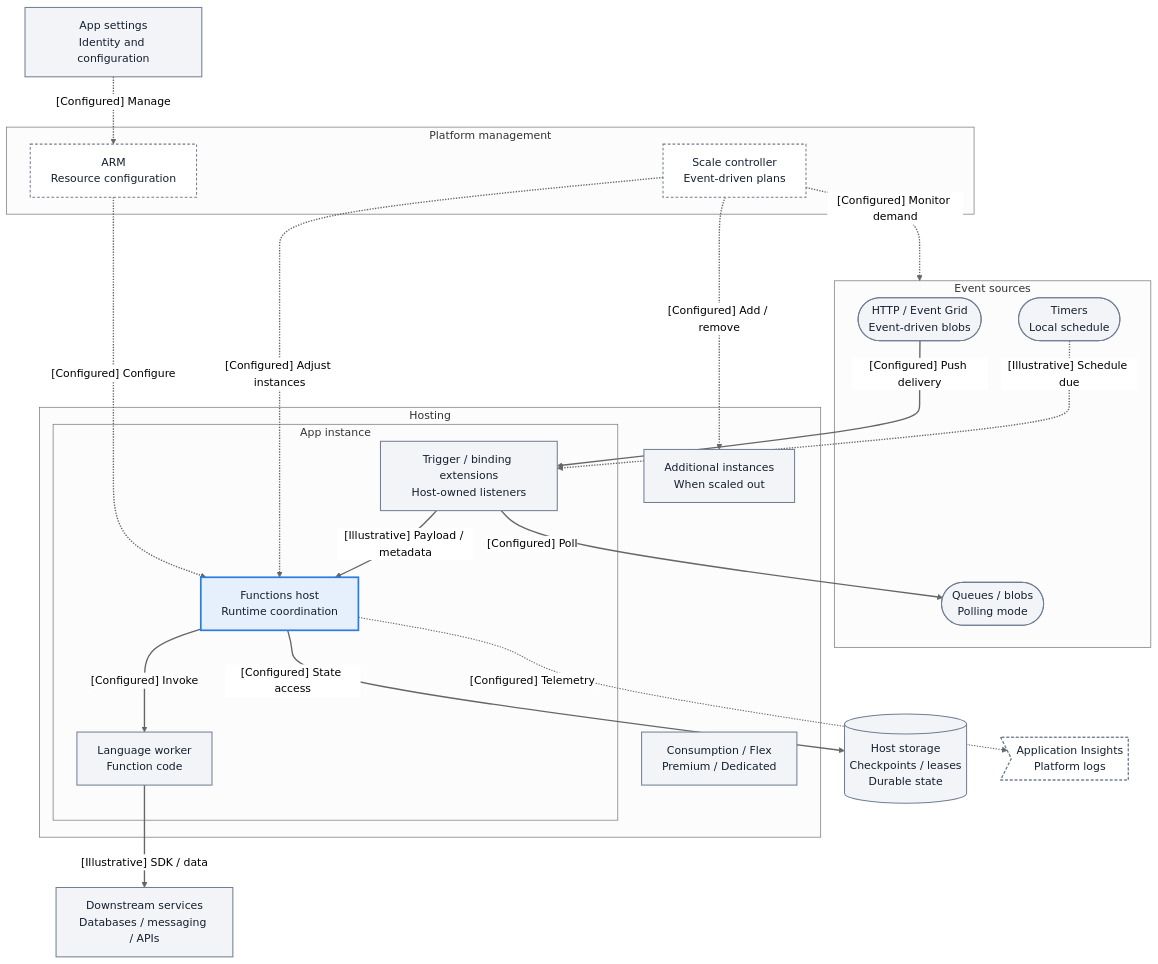
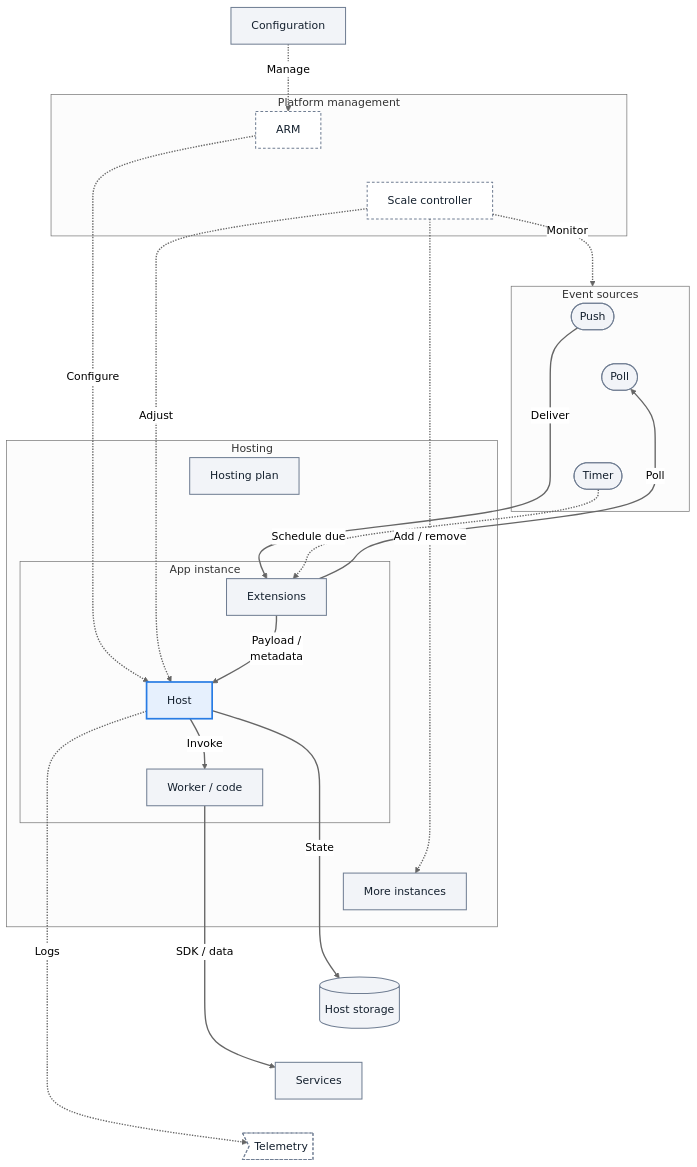
Before and after one commit to yeongseon/azure-functions-practical-guide: the first of 8 diagrams in docs/platform/architecture/index.md, drawn with Mermaid (neutral theme). The commit also changed other lines of this file, not shown here.

First line of the commit message:
docs(diagrams): restore mobile legibility with keyed role legends

````diff
--- a/docs/platform/architecture/index.md
+++ b/docs/platform/architecture/index.md
@@ -163,48 +165,59 @@
 ```mermaid
 flowchart TD
     accTitle: How do events, hosting and runtime roles fit together?
     accDescr: General Functions mental model with HTTP, timers, queues, blobs and Event Grid. Hosting contains a logical app instance with host, extensions and worker plus additional scaled instances. ARM manages configuration separately from platform scaling; polling, push delivery and timer schedules are distinct.
     subgraph Management["Platform management"]
-        control_plane["ARM<br/>Resource configuration"]
-        scale_controller["Scale controller<br/>Event-driven plans"]
+        control_plane["ARM"]
+        scale_controller["Scale controller"]
+        %% Layout-only: stack management roles, not an ARM-to-scaling request.
+        control_plane ~~~ scale_controller
     end
-    Config["App settings<br/>Identity and configuration"]
+    Config["Configuration"]
     subgraph Events["Event sources"]
-        client(["HTTP / Event Grid<br/>Event-driven blobs"])
-        poll_source(["Queues / blobs<br/>Polling mode"])
-        timer_source(["Timers<br/>Local schedule"])
+        client(["Push"])
+        poll_source(["Poll"])
+        timer_source(["Timer"])
+        %% Layout-only: mechanism list, not event forwarding.
+        client ~~~ poll_source
+        poll_source ~~~ timer_source
     end
     subgraph Plan["Hosting"]
-        hosting_plan["Consumption / Flex<br/>Premium / Dedicated"]
+        hosting_plan["Hosting plan"]
         subgraph Instance["App instance"]
-            trigger_listener["Trigger / binding extensions<br/>Host-owned listeners"]
-            app_runtime["Functions host<br/>Runtime coordination"]
-            language_worker["Language worker<br/>Function code"]
+            trigger_listener["Extensions"]
+            app_runtime["Host"]
+            language_worker["Worker / code"]
         end
-        InstanceN["Additional instances<br/>When scaled out"]
+        InstanceN["More instances"]
+        %% Layout-only: plan and scale-out context stay inside Hosting.
+        hosting_plan ~~~ trigger_listener
+        language_worker ~~~ InstanceN
     end
-    storage_db[("Host storage<br/>Checkpoints / leases<br/>Durable state")]
-    dependency["Downstream services<br/>Databases / messaging / APIs"]
-    telemetry>"Application Insights<br/>Platform logs"]
-    Config -.->|"[Configured] Manage"| control_plane
-    control_plane -.->|"[Configured] Configure"| app_runtime
-    scale_controller -.->|"[Configured] Monitor demand"| Events
-    scale_controller -.->|"[Configured] Adjust instances"| app_runtime
-    scale_controller -.->|"[Configured] Add / remove"| InstanceN
-    client -->|"[Configured] Push delivery"| trigger_listener
-    trigger_listener -->|"[Configured] Poll"| poll_source
-    timer_source -.->|"[Illustrative] Schedule due"| trigger_listener
-    trigger_listener -->|"[Illustrative] Payload / metadata"| app_runtime
-    app_runtime -->|"[Configured] Invoke"| language_worker
-    app_runtime -->|"[Configured] State access"| storage_db
-    language_worker -->|"[Illustrative] SDK / data"| dependency
-    app_runtime -.->|"[Configured] Telemetry"| telemetry
+    storage_db[("Host storage")]
+    dependency["Services"]
+    telemetry>"Telemetry"]
+    Config -.->|"Manage"| control_plane
+    control_plane -.->|"Configure"| app_runtime
+    scale_controller -.->|"Monitor"| Events
+    scale_controller -.->|"Adjust"| app_runtime
+    scale_controller -.->|"Add / remove"| InstanceN
+    client -->|"Deliver"| trigger_listener
+    trigger_listener -->|"Poll"| poll_source
+    timer_source -.->|"Schedule due"| trigger_listener
+    trigger_listener -->|"Payload /<br/>metadata"| app_runtime
+    app_runtime -->|"Invoke"| language_worker
+    app_runtime -->|"State"| storage_db
+    language_worker -->|"SDK / data"| dependency
+    app_runtime -.->|"Logs"| telemetry
+    %% Layout-only: external-resource tiers add no resource-to-resource calls.
+    InstanceN ~~~ storage_db
+    storage_db ~~~ dependency
+    dependency ~~~ telemetry
     classDef baseNeutral fill:#f2f4f8,stroke:#707e93,stroke-width:1.5px,color:#14202e;
     classDef focusActive fill:#e6f0fd,stroke:#287ce4,stroke-width:2.5px,color:#14202e;
     classDef bandMuted fill:#ffffff,stroke:#707e93,stroke-width:1.5px,stroke-dasharray:4 3,color:#14202e;
     class client,poll_source,timer_source,language_worker,trigger_listener,hosting_plan,InstanceN,Config,storage_db,dependency baseNeutral;
     class app_runtime focusActive;
     class scale_controller,control_plane,telemetry bandMuted;
     linkStyle default stroke-width:2px;
-    linkStyle 12 stroke-width:1.5px;
 ```
````
